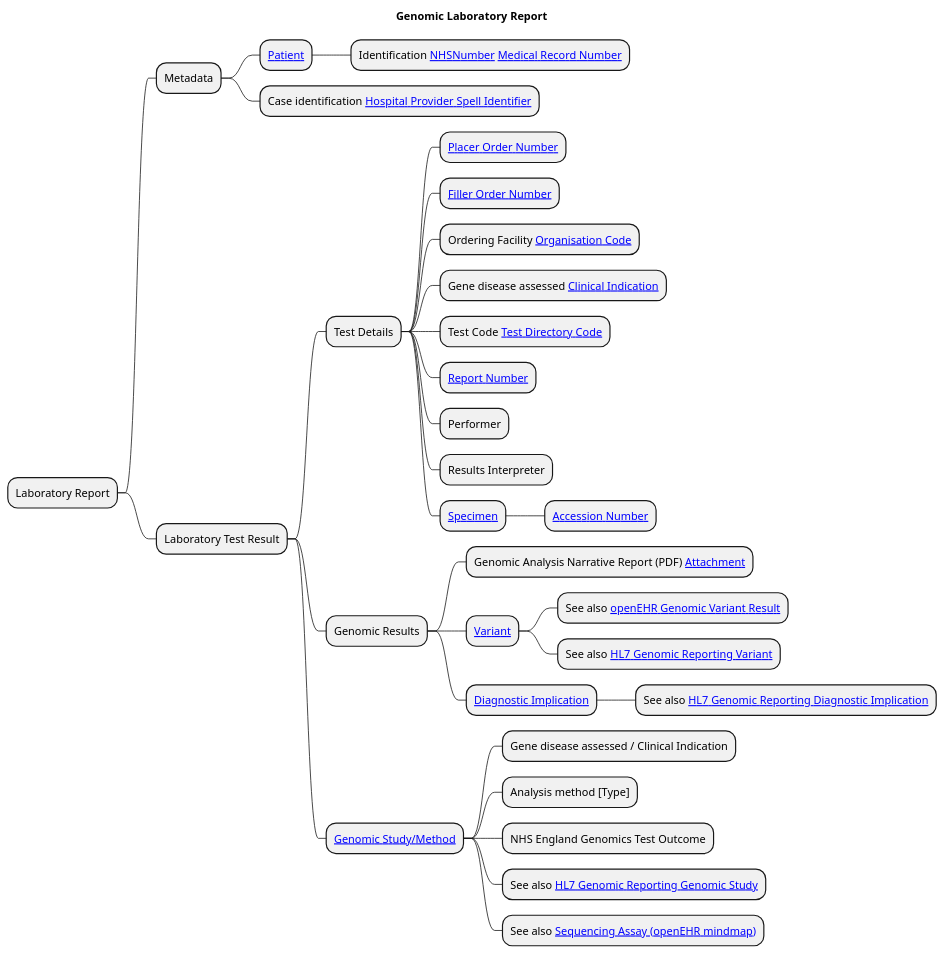
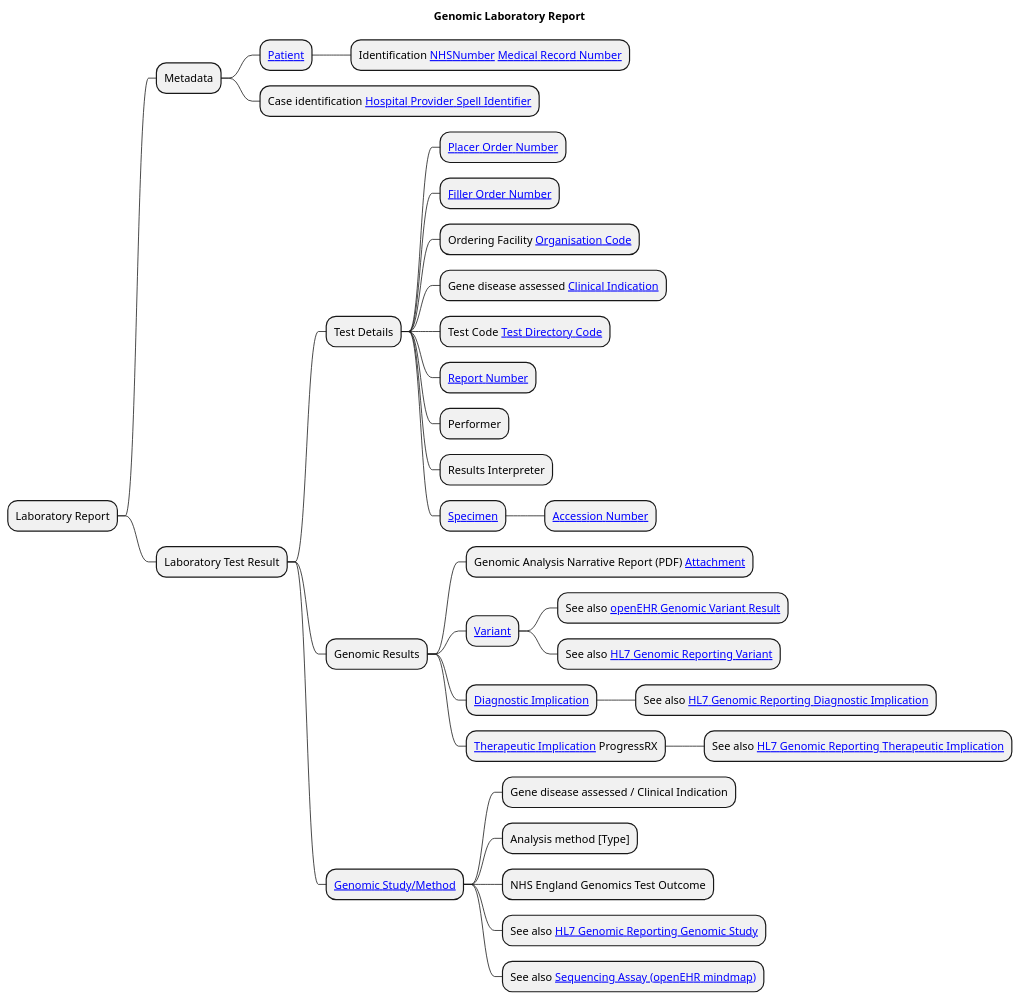
One commit to uk-gov-mirror/nw-gmsa.nw-gmsa.github.com changed the diagram in input/images-source/LaboratoryReport-mindmap.plantuml. Above: the diagram before and after it, drawn with PlantUML. The commit also changed 1 other file, not shown here.

Commit message:
Diagnostic Implication

```diff
--- a/input/images-source/LaboratoryReport-mindmap.plantuml
+++ b/input/images-source/LaboratoryReport-mindmap.plantuml
@@ -1,36 +1,38 @@
 @startmindmap
 
 title "Genomic Laboratory Report"
 
 * Laboratory Report
 ** Metadata
 *** [[StructureDefinition-Patient.html Patient]]
 **** Identification [[StructureDefinition-NHSNumber.html NHSNumber]] [[StructureDefinition-MedicalRecordNumber.html Medical Record Number]]
 *** Case identification [[StructureDefinition-HospitalProviderSpellIdentifier.html Hospital Provider Spell Identifier]]
 ** Laboratory Test Result
 *** Test Details
 **** [[StructureDefinition-PlacerOrderNumber.html Placer Order Number]]
 **** [[StructureDefinition-FillerOrderNumber.html Filler Order Number]]
 **** Ordering Facility [[StructureDefinition-OrganisationCode.html Organisation Code]]
 **** Gene disease assessed [[CodeSystem-GenomicClinicalIndication.html Clinical Indication]]
 **** Test Code [[CodeSystem-GenomicTestCode.html Test Directory Code]]
 **** [[StructureDefinition-ReportNumber.html Report Number]]
 **** Performer
 **** Results Interpreter
 **** [[StructureDefinition-Specimen.html Specimen]]
 ***** [[StructureDefinition-AccessionNumber.html Accession Number]]
 *** Genomic Results
 **** Genomic Analysis Narrative Report (PDF) [[StructureDefinition-NWAttachment.html Attachment]]
 **** [[StructureDefinition-Observation-Variant.html Variant]]
 ***** See also [[https://ckm.openehr.org/ckm/archetypes/1013.1.3759/mindmap openEHR Genomic Variant Result]]
 ***** See also [[https://build.fhir.org/ig/HL7/genomics-reporting/StructureDefinition-variant.html HL7 Genomic Reporting Variant]]
 **** [[StructureDefinition-Observation-DiagnosticImplication.html Diagnostic Implication]]
 ***** See also [[https://build.fhir.org/ig/HL7/genomics-reporting/StructureDefinition-diagnostic-implication.html HL7 Genomic Reporting Diagnostic Implication]]
+**** [[StructureDefinition-Observation-TherapeuticImplication.html Therapeutic Implication]] ProgressRX
+***** See also [[https://build.fhir.org/ig/HL7/genomics-reporting/StructureDefinition-therapeutic-implication.html HL7 Genomic Reporting Therapeutic Implication]]
 *** [[StructureDefinition-Procedure-GenomicStudy.html Genomic Study/Method]]
 **** Gene disease assessed / Clinical Indication
 **** Analysis method [Type]
 **** NHS England Genomics Test Outcome
 **** See also [[https://build.fhir.org/ig/HL7/genomics-reporting/StructureDefinition-genomic-study.html HL7 Genomic Reporting Genomic Study]]
 **** See also [[https://ckm.openehr.org/ckm/archetypes/1013.1.4256/mindmap Sequencing Assay (openEHR mindmap)]]
 
 @endmindmap
```
